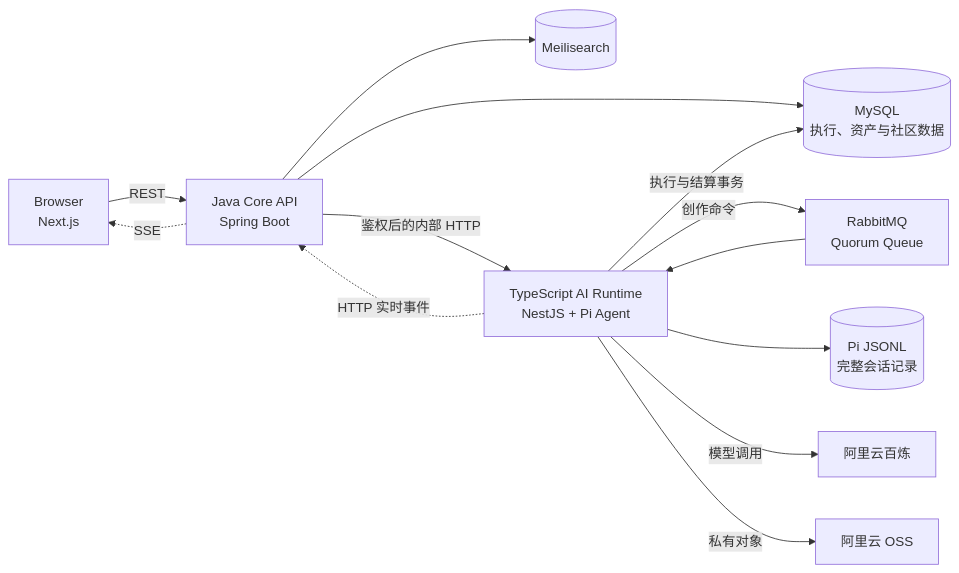
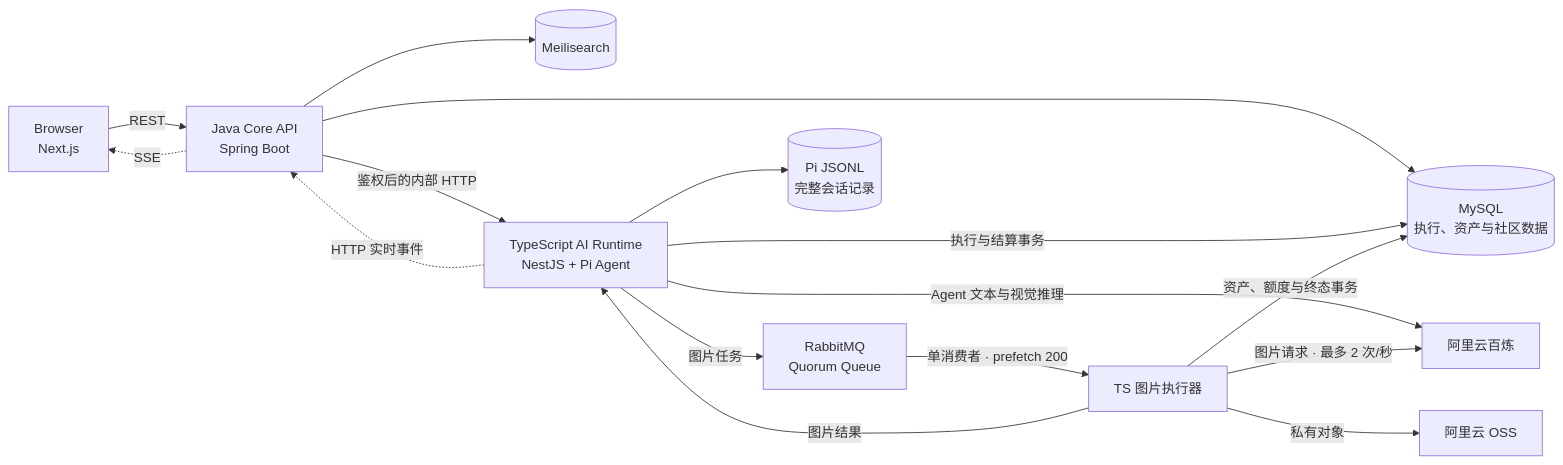
Before and after one commit to superzheng777/AiVista: the diagram in README.md, drawn with Mermaid. The commit also changed other lines of this file and 70 other files, not shown here.

First line of the commit message:
refactor: 拆分创作调度与图片队列，优化图片详情交互

````diff
--- a/README.md
+++ b/README.md
@@ -94,15 +94,18 @@
 ```mermaid
 flowchart LR
     browser["Browser<br/>Next.js"] -->|"REST"| core["Java Core API<br/>Spring Boot"]
     core --> business[("MySQL<br/>执行、资产与社区数据")]
     core --> search[("Meilisearch")]
     core -->|"鉴权后的内部 HTTP"| runtime["TypeScript AI Runtime<br/>NestJS + Pi Agent"]
-    runtime -->|"创作命令"| rabbit["RabbitMQ<br/>Quorum Queue"]
-    rabbit --> runtime
+    runtime -->|"图片任务"| rabbit["RabbitMQ<br/>Quorum Queue"]
+    rabbit -->|"单消费者 · prefetch 200"| images["TS 图片执行器"]
+    images -->|"图片结果"| runtime
     runtime -->|"执行与结算事务"| business
     runtime --> sessions[("Pi JSONL<br/>完整会话记录")]
-    runtime -->|"模型调用"| bailian["阿里云百炼"]
-    runtime -->|"私有对象"| oss["阿里云 OSS"]
+    runtime -->|"Agent 文本与视觉推理"| bailian["阿里云百炼"]
+    images -->|"图片请求 · 最多 2 次/秒"| bailian
+    images -->|"资产、额度与终态事务"| business
+    images -->|"私有对象"| oss["阿里云 OSS"]
     runtime -. "HTTP 实时事件" .-> core
     core -. "SSE" .-> browser
 ```
````
